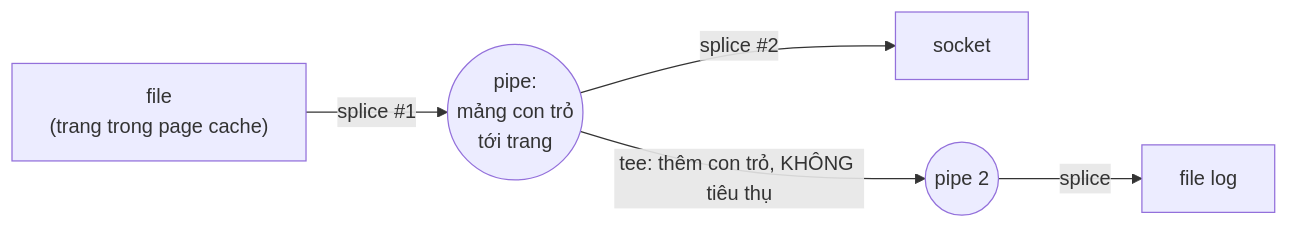
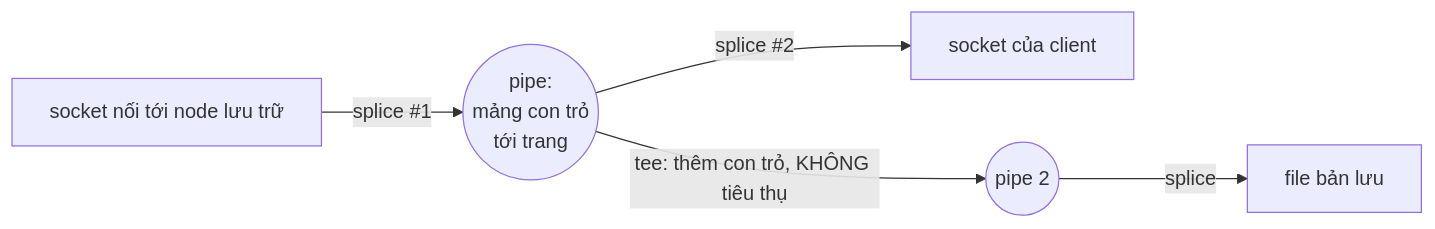
The second of 3 diagrams in docs/06-networking/09-zero-copy-io.md (pirumu/irust), drawn with Mermaid before and after one commit. The commit also changed other lines of this file and 35 other files, not shown here.

````diff
--- a/docs/06-networking/09-zero-copy-io.md
+++ b/docs/06-networking/09-zero-copy-io.md
@@ -119,7 +151,7 @@
 ```mermaid
 flowchart LR
-  F["file<br/>(trang trong page cache)"] -- "splice #1" --> P(("pipe:<br/>mảng con trỏ<br/>tới trang"))
-  P -- "splice #2" --> S["socket"]
+  UP["socket nối tới node lưu trữ"] -- "splice #1" --> P(("pipe:<br/>mảng con trỏ<br/>tới trang"))
+  P -- "splice #2" --> C["socket của client"]
   P -- "tee: thêm con trỏ, KHÔNG tiêu thụ" --> P2(("pipe 2"))
-  P2 -- "splice" --> F2["file log"]
+  P2 -- "splice" --> F["file bản lưu"]
 ```
````
